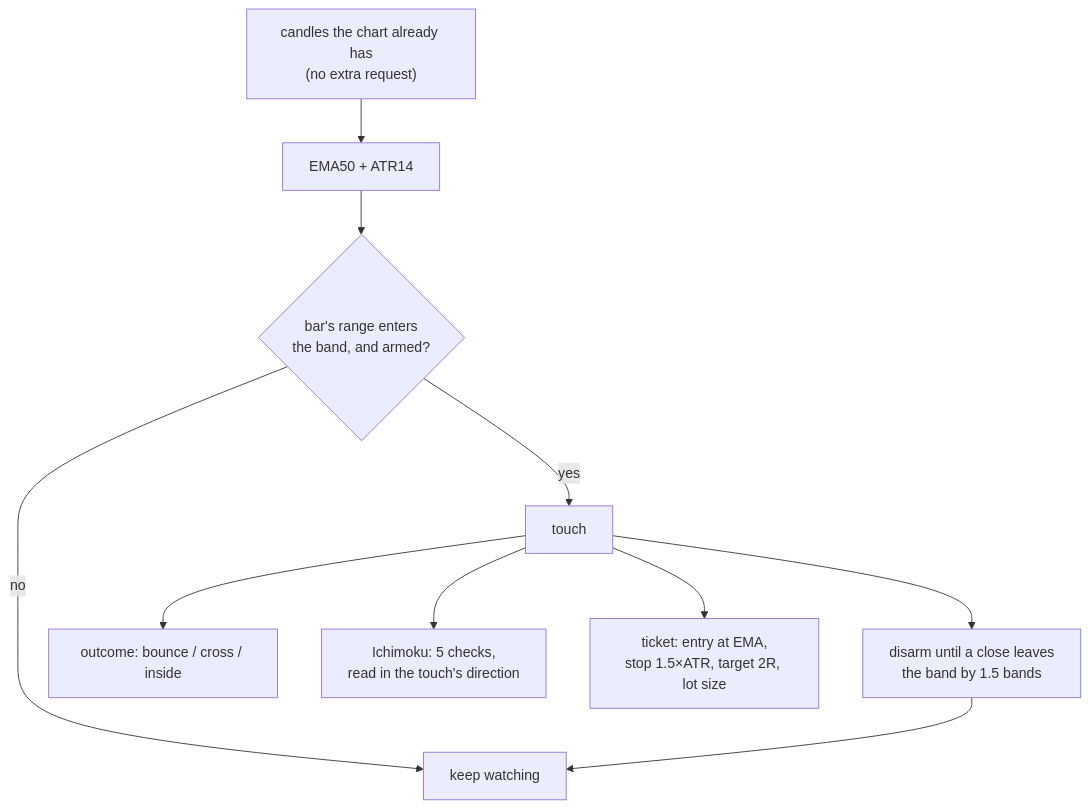
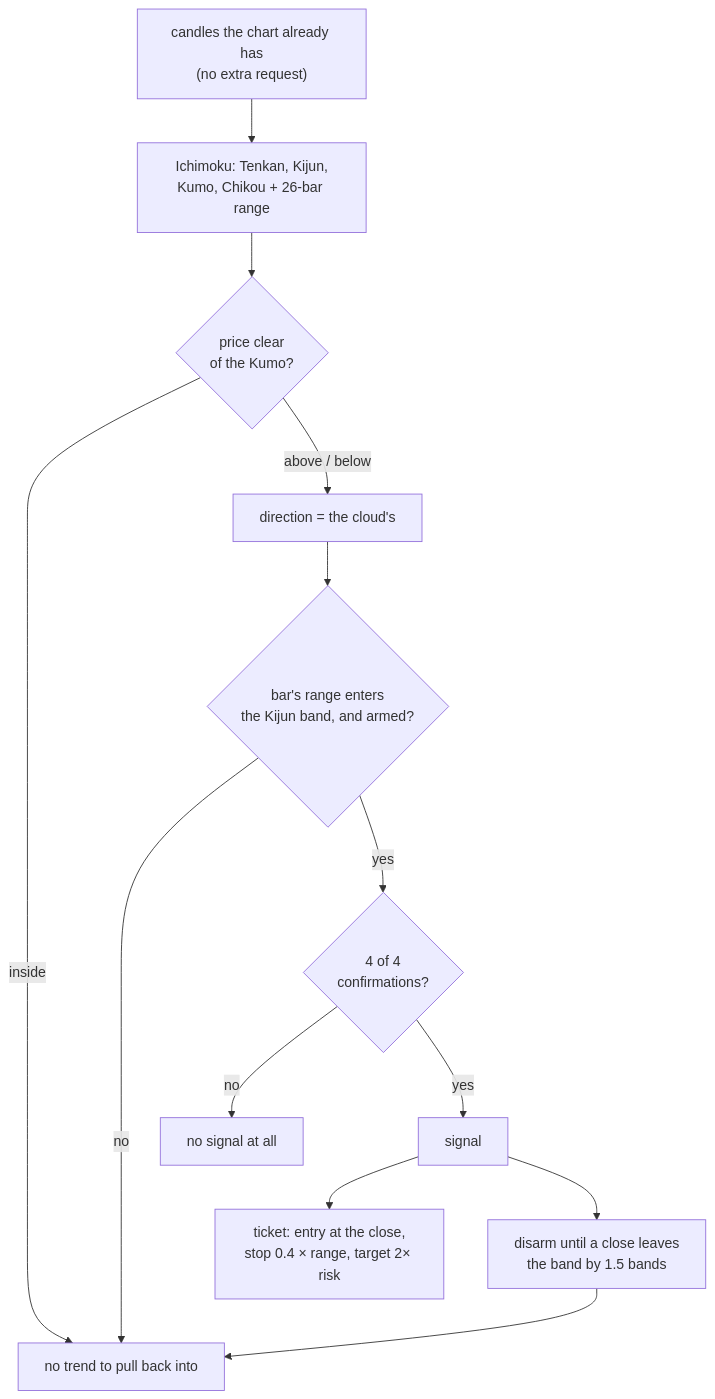
Before and after one commit to davide963-ux/ichialgo-ve-rea: the sixth of 8 diagrams in README.md, drawn with Mermaid. The commit also changed other lines of this file and 56 other files, not shown here.

First line of the commit message:
Wire in the pure-Ichimoku strategy and delete the EMA/ATR path

````diff
--- a/README.md
+++ b/README.md
@@ -381,12 +393,15 @@
 ```mermaid
 flowchart TD
-    C["candles the chart already has<br/>(no extra request)"] --> E["EMA50 + ATR14"]
-    E --> B{"bar's range enters<br/>the band, and armed?"}
-    B -- no --> W["keep watching"]
-    B -- yes --> T["touch"]
-    T --> O["outcome: bounce / cross / inside"]
-    T --> I["Ichimoku: 5 checks,<br/>read in the touch's direction"]
-    T --> P["ticket: entry at EMA,<br/>stop 1.5×ATR, target 2R, lot size"]
-    T --> D["disarm until a close leaves<br/>the band by 1.5 bands"]
-    D --> W
+    C["candles the chart already has<br/>(no extra request)"] --> I["Ichimoku: Tenkan, Kijun,<br/>Kumo, Chikou + 26-bar range"]
+    I --> K{"price clear<br/>of the Kumo?"}
+    K -- "inside" --> W["no trend to pull back into"]
+    K -- "above / below" --> D["direction = the cloud's"]
+    D --> B{"bar's range enters<br/>the Kijun band, and armed?"}
+    B -- no --> W
+    B -- yes --> G{"4 of 4<br/>confirmations?"}
+    G -- no --> X["no signal at all"]
+    G -- yes --> T["signal"]
+    T --> P["ticket: entry at the close,<br/>stop 0.4 × range, target 2× risk"]
+    T --> R["disarm until a close leaves<br/>the band by 1.5 bands"]
+    R --> W
 ```
````
